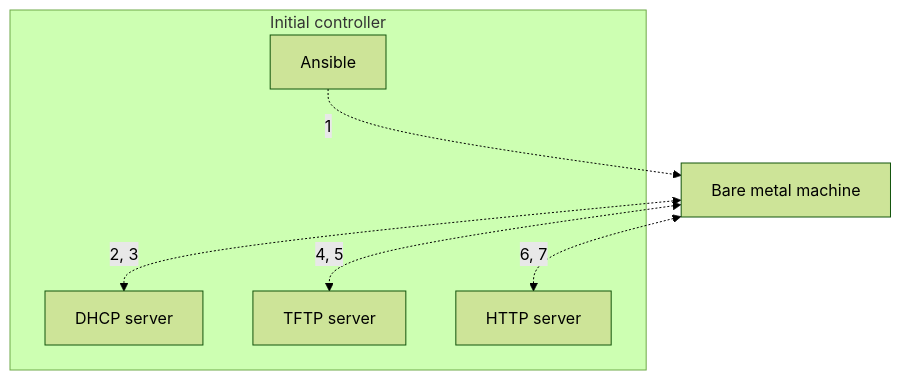
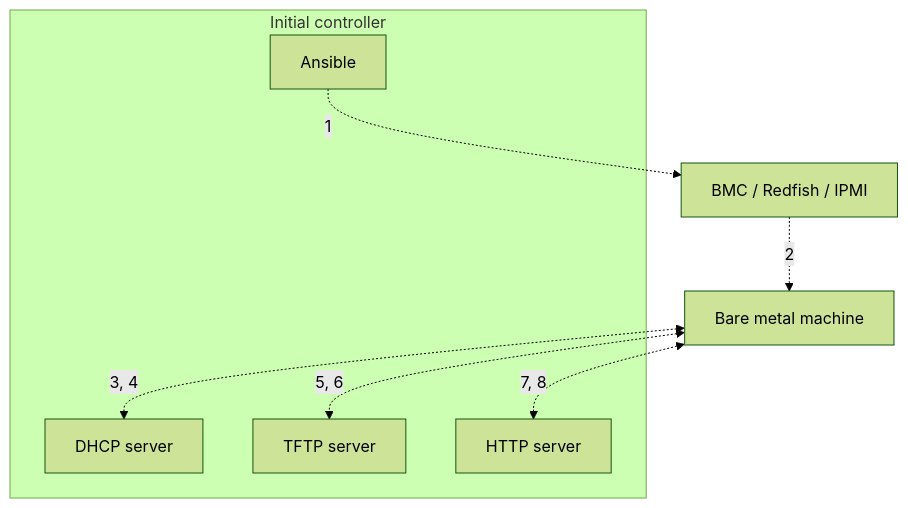
The diagram in docs/admin-guide/concepts/pxe-boot.md (ubiquitycluster/ubiquity), drawn with Mermaid (forest theme) before and after one commit. The commit also changed other lines of this file and 12 other files, not shown here.

````diff
--- a/docs/admin-guide/concepts/pxe-boot.md
+++ b/docs/admin-guide/concepts/pxe-boot.md
@@ -3,16 +7,18 @@
 ```mermaid
 flowchart TD
   subgraph controller[Initial controller]
     Ansible
     dhcp[DHCP server]
     tftp[TFTP server]
     http[HTTP server]
   end
 
+  bmc[BMC / Redfish / IPMI]
   machine[Bare metal machine]
 
-  Ansible -. 1 .-> machine
-  machine <-. 2, 3 .-> dhcp
-  machine <-. 4, 5 .-> tftp
-  machine <-. 6, 7 .-> http
+  Ansible -. 1 .-> bmc
+  bmc -. 2 .-> machine
+  machine <-. 3, 4 .-> dhcp
+  machine <-. 5, 6 .-> tftp
+  machine <-. 7, 8 .-> http
 ```
````
